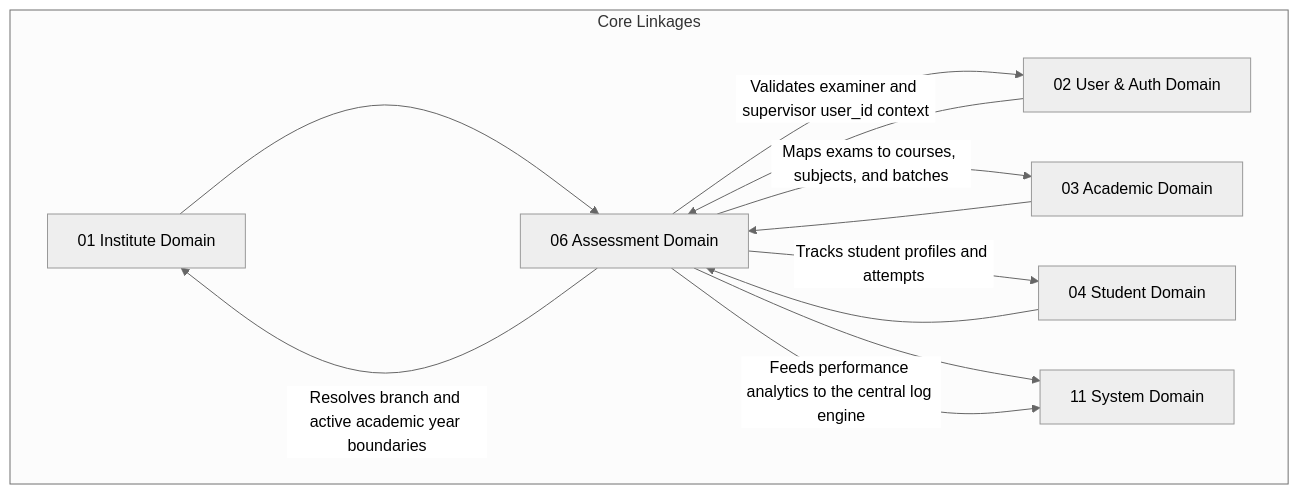
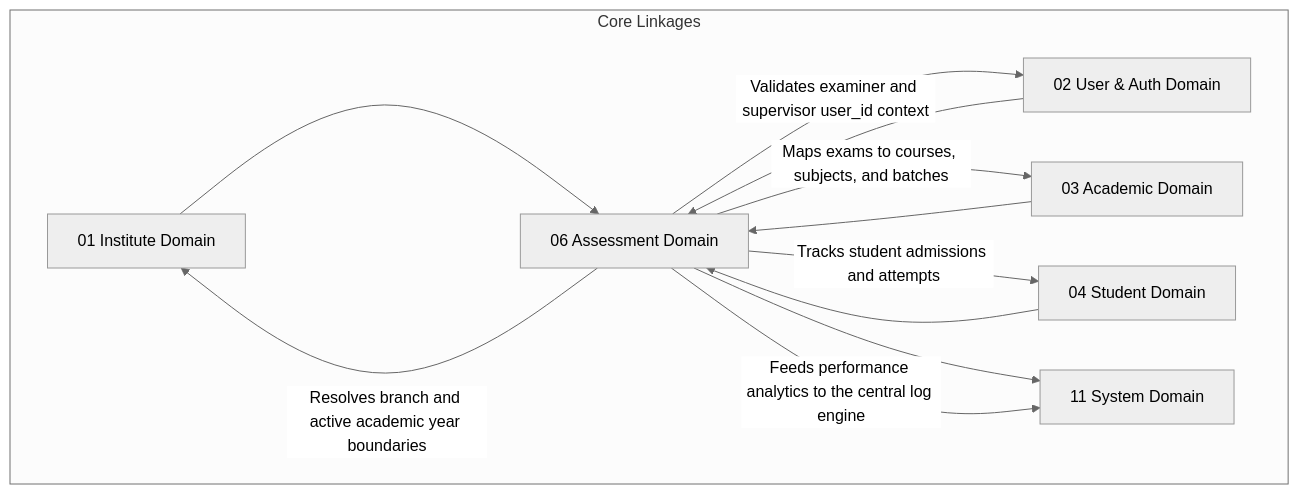
One commit to JOYJK348/NEET-SAAS changed the diagram in docs/architecture/schema/06-assessment.md. Above: the diagram before and after it, drawn with Mermaid (neutral theme). The commit also changed other lines of this file and 72 other files, not shown here.

````diff
--- a/docs/architecture/schema/06-assessment.md
+++ b/docs/architecture/schema/06-assessment.md
@@ -55,20 +55,20 @@
 ```mermaid
 graph TD
     %% Upstream Dependencies
     Institute[01 Institute Domain] --> Assessment[06 Assessment Domain]
     Users[02 User & Auth Domain] --> Assessment
     Academics[03 Academic Domain] --> Assessment
     Students[04 Student Domain] --> Assessment
 
     %% Downstream Dependents
     Assessment --> System[11 System Domain]
 
     %% Context Maps
     subgraph Core Linkages
         Assessment -- "Resolves branch and active academic year boundaries" --> Institute
         Assessment -- "Validates examiner and supervisor user_id context" --> Users
         Assessment -- "Maps exams to courses, subjects, and batches" --> Academics
-        Assessment -- "Tracks student profiles and attempts" --> Students
+        Assessment -- "Tracks student admissions and attempts" --> Students
         Assessment -- "Feeds performance analytics to the central log engine" --> System
     end
 ```
````
